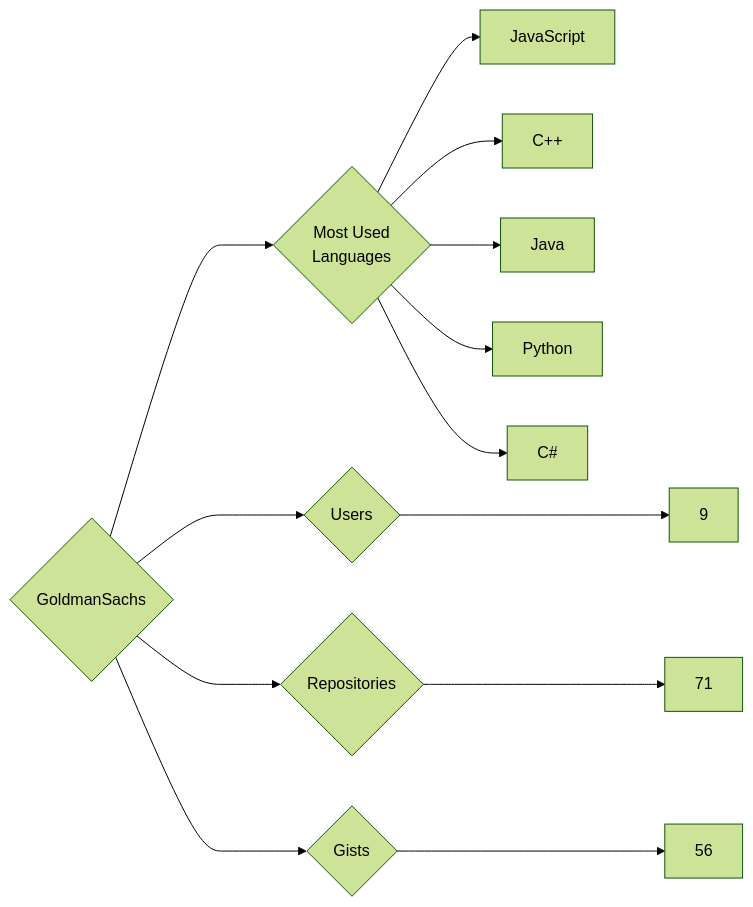
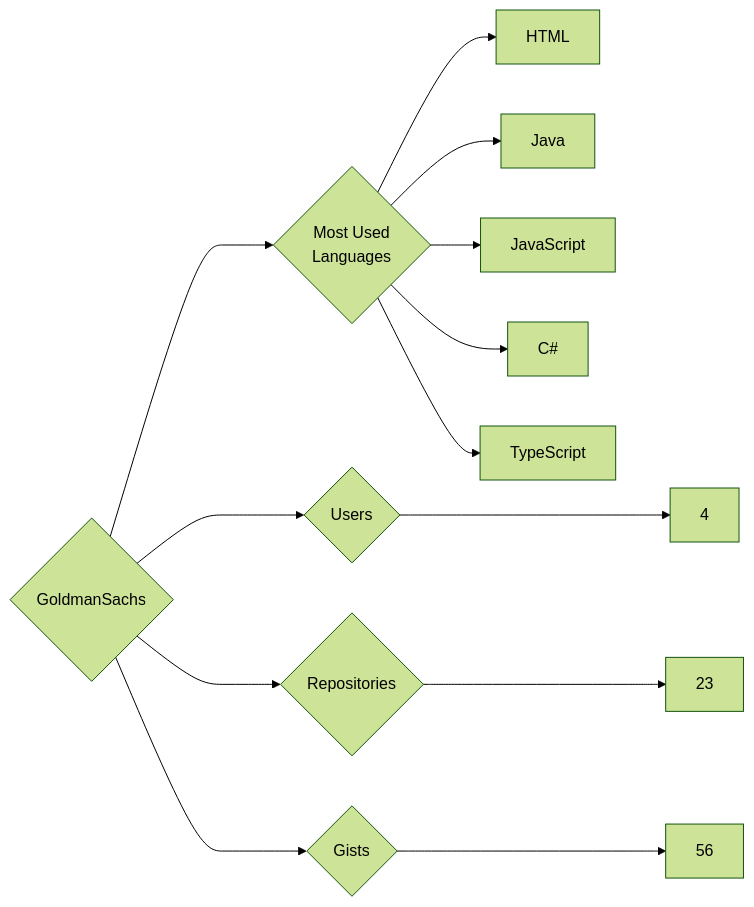
The diagram in targets/GoldmanSachs/README.md (trickest/insiders), drawn with Mermaid (forest theme) before and after one commit. The commit also changed 1170 other files, not shown here.

````diff
--- a/targets/GoldmanSachs/README.md
+++ b/targets/GoldmanSachs/README.md
@@ -3,13 +3,13 @@
 ```mermaid
 graph LR
 COMPANY_NAME{GoldmanSachs}
-COMPANY_NAME ---> U{Users} ---> UN[9]
-COMPANY_NAME ---> R{Repositories} ---> RN[71]
+COMPANY_NAME ---> U{Users} ---> UN[4]
+COMPANY_NAME ---> R{Repositories} ---> RN[23]
 COMPANY_NAME ---> G{Gists} ---> GN[56]
 COMPANY_NAME ---> ML{Most Used<br>Languages}
+ML --> HTML[HTML]
+ML --> Java[Java]
 ML --> JavaScript[JavaScript]
-ML --> C++[C++]
-ML --> Java[Java]
-ML --> Python[Python]
 ML --> C#[C#]
+ML --> TypeScript[TypeScript]
 ```
````
